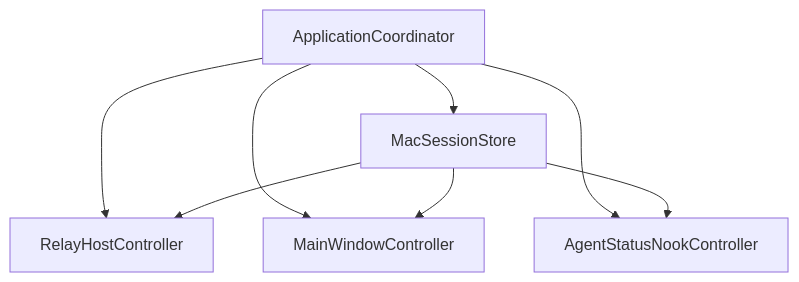
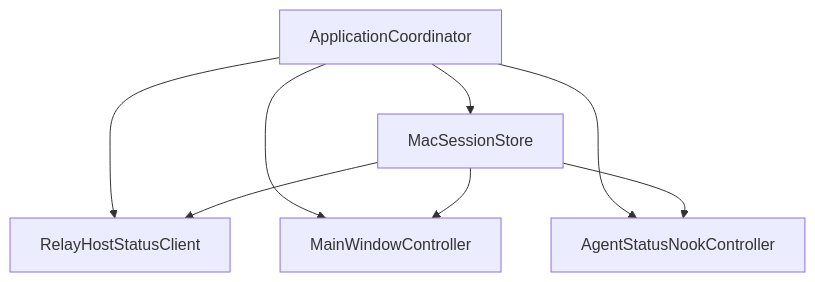
Before and after one commit to AFutureD/Lumi: the first of 2 diagrams in docs/design/application-runtime.md, drawn with Mermaid. The commit also changed other lines of this file and 11 other files, not shown here.

````diff
--- a/docs/design/application-runtime.md
+++ b/docs/design/application-runtime.md
@@ -11,16 +11,16 @@
 ```mermaid
 flowchart TD
     Coordinator["ApplicationCoordinator"]
     Store["MacSessionStore"]
-    Relay["RelayHostController"]
+    Relay["RelayHostStatusClient"]
     Window["MainWindowController"]
     Nook["AgentStatusNookController"]
 
     Coordinator --> Store
     Coordinator --> Relay
     Coordinator --> Window
     Coordinator --> Nook
     Store --> Relay
     Store --> Window
     Store --> Nook
 ```
````
